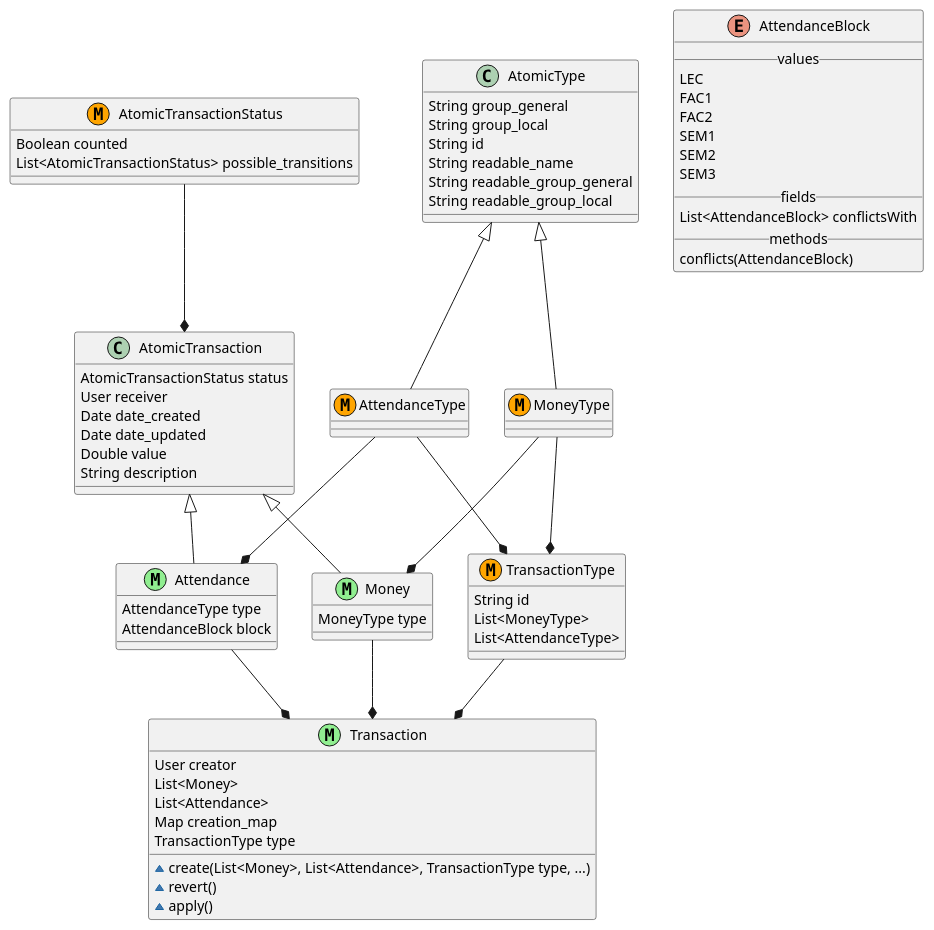
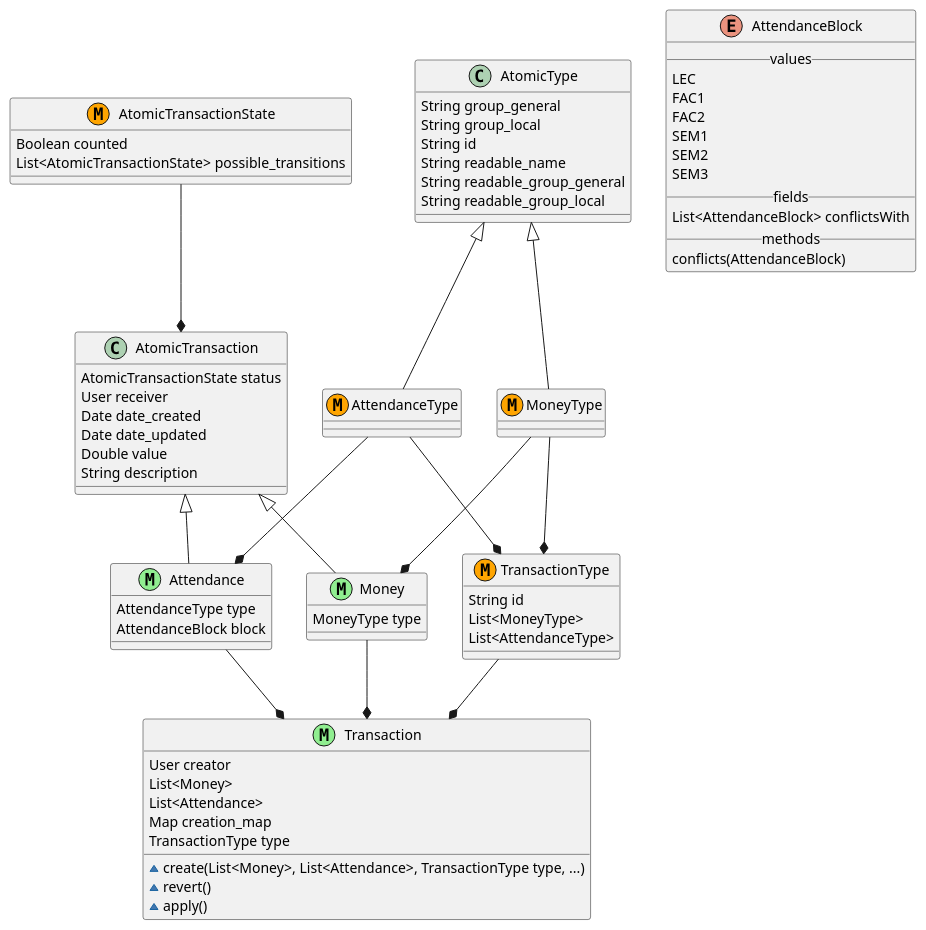
Before and after one commit to nkorobkov/lfmsh_bank: the diagram in meta_files/diagrams/TransactionModel.puml, drawn with PlantUML. The commit also changed 34 other files, not shown here.

```diff
--- a/meta_files/diagrams/TransactionModel.puml
+++ b/meta_files/diagrams/TransactionModel.puml
@@ -1,102 +1,102 @@
 @startuml
 
 class Transaction  << (M,lightgreen) >>{
 
 User creator
 List<Money>
 List<Attendance>
 Map creation_map
 TransactionType type
 
 ~ create(List<Money>, List<Attendance>, TransactionType type, ...)
 ~ revert()
 ~ apply()
 
 }
 
 Class Money  << (M,lightgreen) >> {
 MoneyType type
 }
 
 Class Attendance  << (M,lightgreen) >> {
 AttendanceType type
 AttendanceBlock block
 }
 
 
 class AtomicTransaction{
- AtomicTransactionStatus status
+ AtomicTransactionState status
  User receiver
  Date date_created
  Date date_updated
  Double value
  String description
 }
 
 ENUM AttendanceBlock{
 __values__
 LEC
 FAC1
 FAC2
 SEM1
 SEM2
 SEM3
 __fields__
 List<AttendanceBlock> conflictsWith
 __methods__
 conflicts(AttendanceBlock)
 }
 
 class TransactionType << (M,orange) >> {
 String id
 List<MoneyType>
 List<AttendanceType>
 }
 
 class AtomicType{
 String group_general
 String group_local
 String id
 String readable_name
 String readable_group_general
 String readable_group_local
 }
 
 class AttendanceType << (M,orange) >> {
 
 }
 
 class MoneyType << (M,orange) >> {
 
 }
 
 
-class AtomicTransactionStatus << (M,orange) >> {
+class AtomicTransactionState << (M,orange) >> {
 Boolean counted
-List<AtomicTransactionStatus> possible_transitions
+List<AtomicTransactionState> possible_transitions
 
 }
 
 
 
 Money -up-|> AtomicTransaction
 Attendance -up-|> AtomicTransaction
 
 
 MoneyType -up-|> AtomicType
 AttendanceType -up-|> AtomicType
 
 MoneyType --* Money
 AttendanceType --* Attendance
-AtomicTransactionStatus --* AtomicTransaction
+AtomicTransactionState --* AtomicTransaction
 
 Money --* Transaction
 Attendance --* Transaction
 TransactionType --* Transaction
 
 
 MoneyType --* TransactionType
 AttendanceType --* TransactionType
 
 
 @enduml
```
